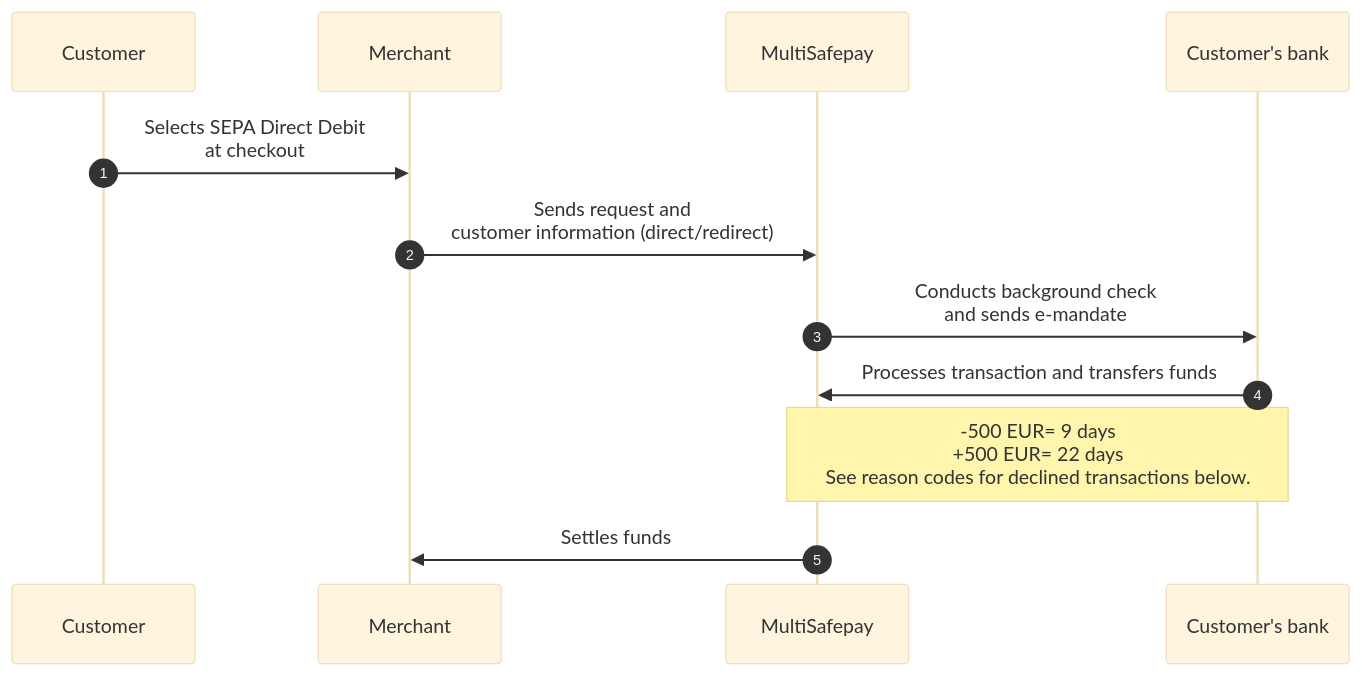
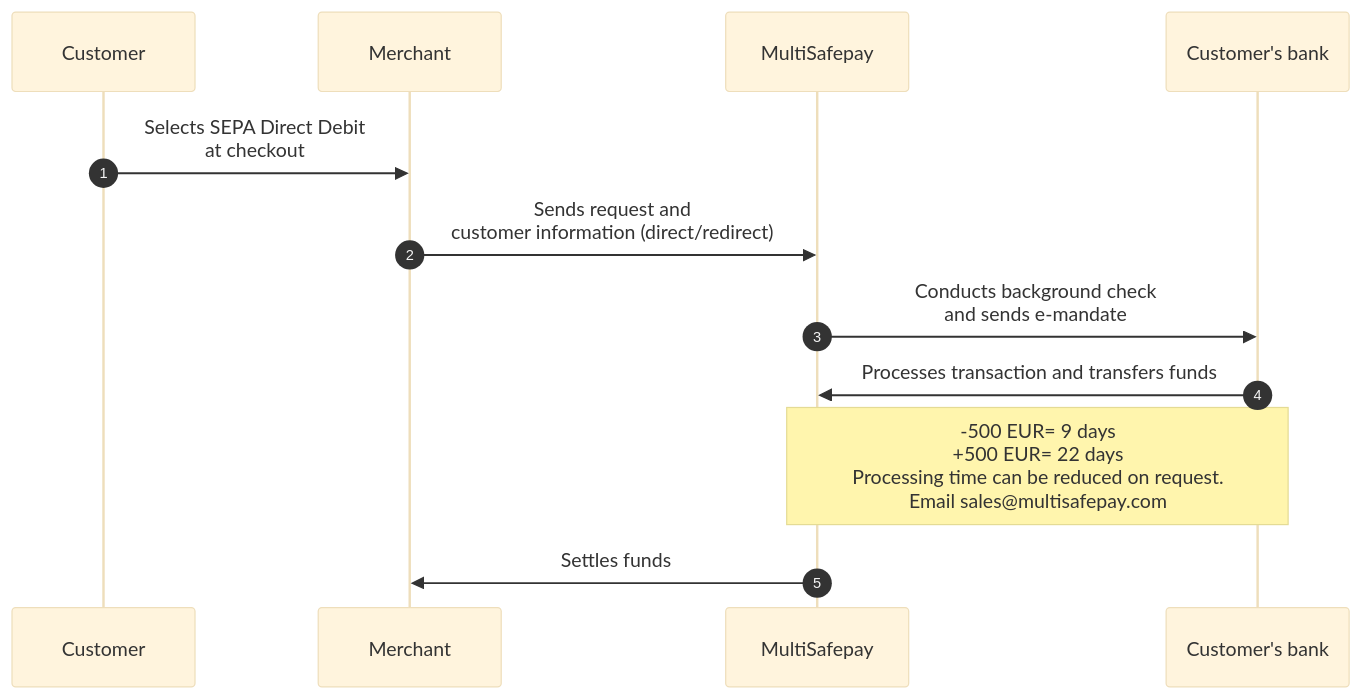
Before and after one commit to MultiSafepay/docs: the diagram in content/payments/methods/banks/sepa-direct-debit/payment-flow.md, drawn with Mermaid (base theme). The commit also changed other lines of this file, not shown here.

Commit message:
DOCS-3107: Clarify SEPA processing time

```diff
--- a/content/payments/methods/banks/sepa-direct-debit/payment-flow.md
+++ b/content/payments/methods/banks/sepa-direct-debit/payment-flow.md
@@ -22,17 +22,17 @@
 {{< mermaid class="text-center" >}}
 
 sequenceDiagram
     autonumber
     participant C as Customer
     participant Me as Merchant
     participant Mu as MultiSafepay
     participant CB as Customer's bank
     
     C->>Me: Selects SEPA Direct Debit <br> at checkout
     Me->>Mu: Sends request and <br> customer information (direct/redirect)
     Mu->>CB: Conducts background check <br> and sends e-mandate
     CB->>Mu: Processes transaction and transfers funds 
-    Note over CB,Mu: -500 EUR= 9 days <br> +500 EUR= 22 days <br> See reason codes for declined transactions below.
+    Note over CB,Mu: -500 EUR= 9 days <br> +500 EUR= 22 days <br> Processing time can be reduced on request. <br> Email sales@multisafepay.com
     Mu->>Me: Settles funds
 
 {{< /mermaid >}}
```
